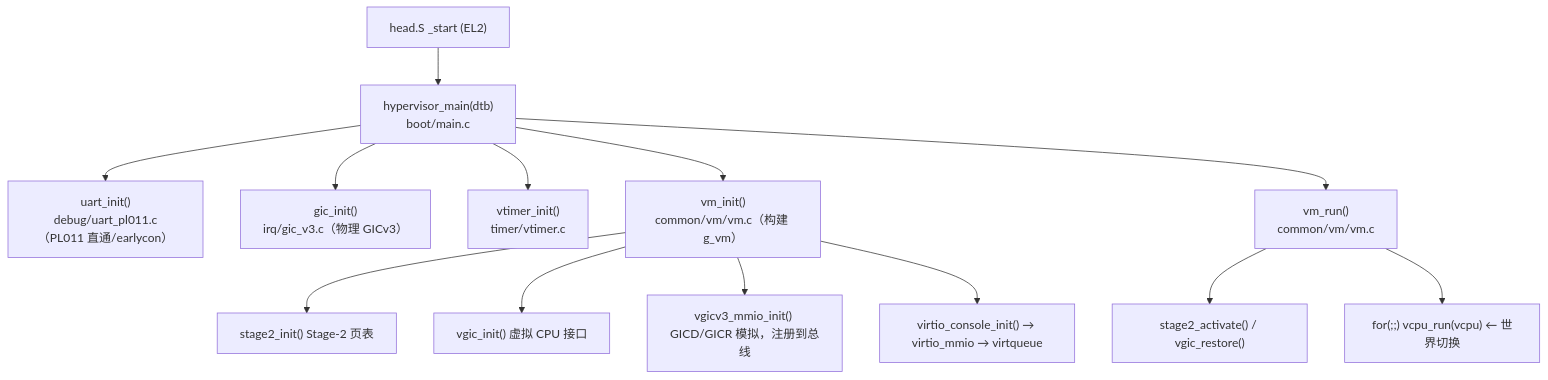
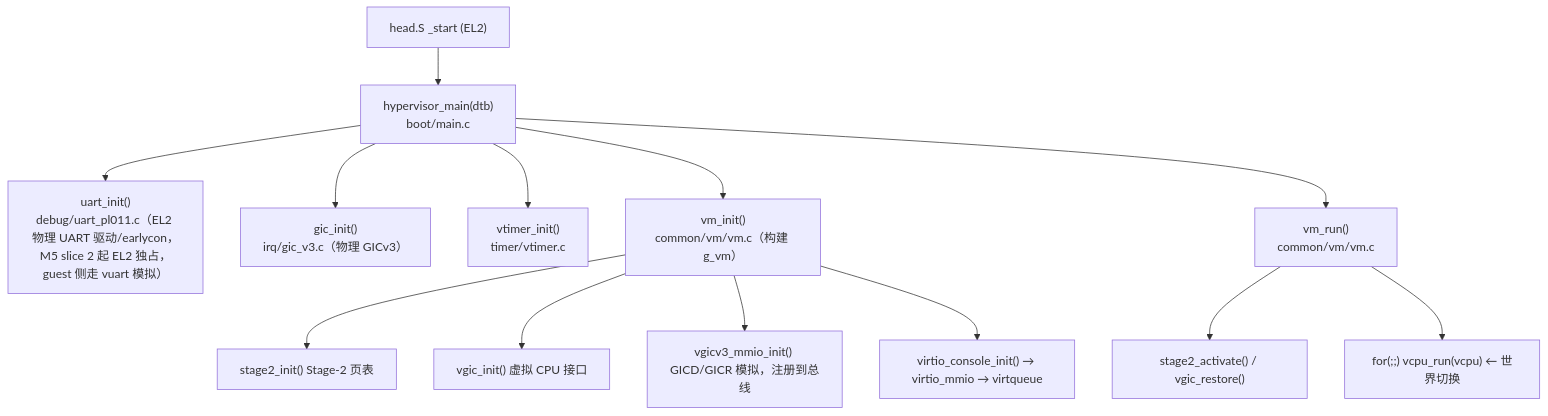
Before and after one commit to James7zy/hypervisor: the first of 3 diagrams in docs/reference/2026-06-21-architecture-zoom-out.md, drawn with Mermaid. The commit also changed other lines of this file and 3 other files, not shown here.

````diff
--- a/docs/reference/2026-06-21-architecture-zoom-out.md
+++ b/docs/reference/2026-06-21-architecture-zoom-out.md
@@ -23,17 +23,17 @@
 ```mermaid
 flowchart TD
     HEAD["head.S _start (EL2)"] --> MAIN["hypervisor_main(dtb)<br/>boot/main.c"]
-    MAIN --> UART["uart_init()<br/>debug/uart_pl011.c（PL011 直通/earlycon）"]
+    MAIN --> UART["uart_init()<br/>debug/uart_pl011.c（EL2 物理 UART 驱动/earlycon，<br/>M5 slice 2 起 EL2 独占，guest 侧走 vuart 模拟）"]
     MAIN --> GIC["gic_init()<br/>irq/gic_v3.c（物理 GICv3）"]
     MAIN --> VT["vtimer_init()<br/>timer/vtimer.c"]
     MAIN --> VINIT["vm_init()<br/>common/vm/vm.c（构建 g_vm）"]
     MAIN --> VRUN["vm_run()<br/>common/vm/vm.c"]
 
     VINIT --> S2["stage2_init() Stage-2 页表"]
     VINIT --> VG["vgic_init() 虚拟 CPU 接口"]
     VINIT --> VGM["vgicv3_mmio_init() GICD/GICR 模拟，注册到总线"]
     VINIT --> VC["virtio_console_init() → virtio_mmio → virtqueue"]
 
     VRUN --> ACT["stage2_activate() / vgic_restore()"]
     VRUN --> LOOP["for(;;) vcpu_run(vcpu) ← 世界切换"]
 ```
````
